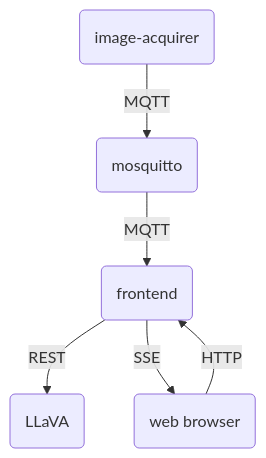
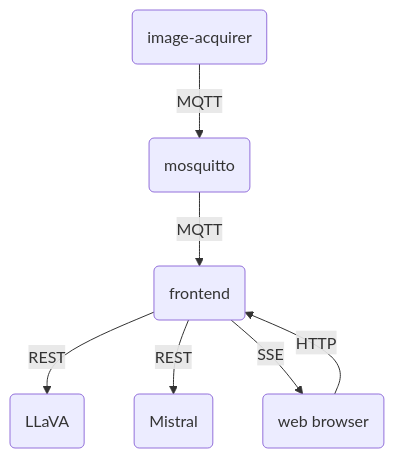
Before and after one commit to rhsgsa/threat-detection-demo: the first of 2 diagrams in README.md, drawn with Mermaid. The commit also changed other lines of this file and 22 other files, not shown here.

````diff
--- a/README.md
+++ b/README.md
@@ -7,8 +7,9 @@
 ```mermaid
 graph TD
     A(image-acquirer) -- MQTT --> B(mosquitto)
     B -- MQTT --> C(frontend)
     C -- REST --> D(LLaVA)
+    C -- REST --> F(Mistral)
     E(web browser) -- HTTP --> C
     C -- SSE --> E
 ```
````
